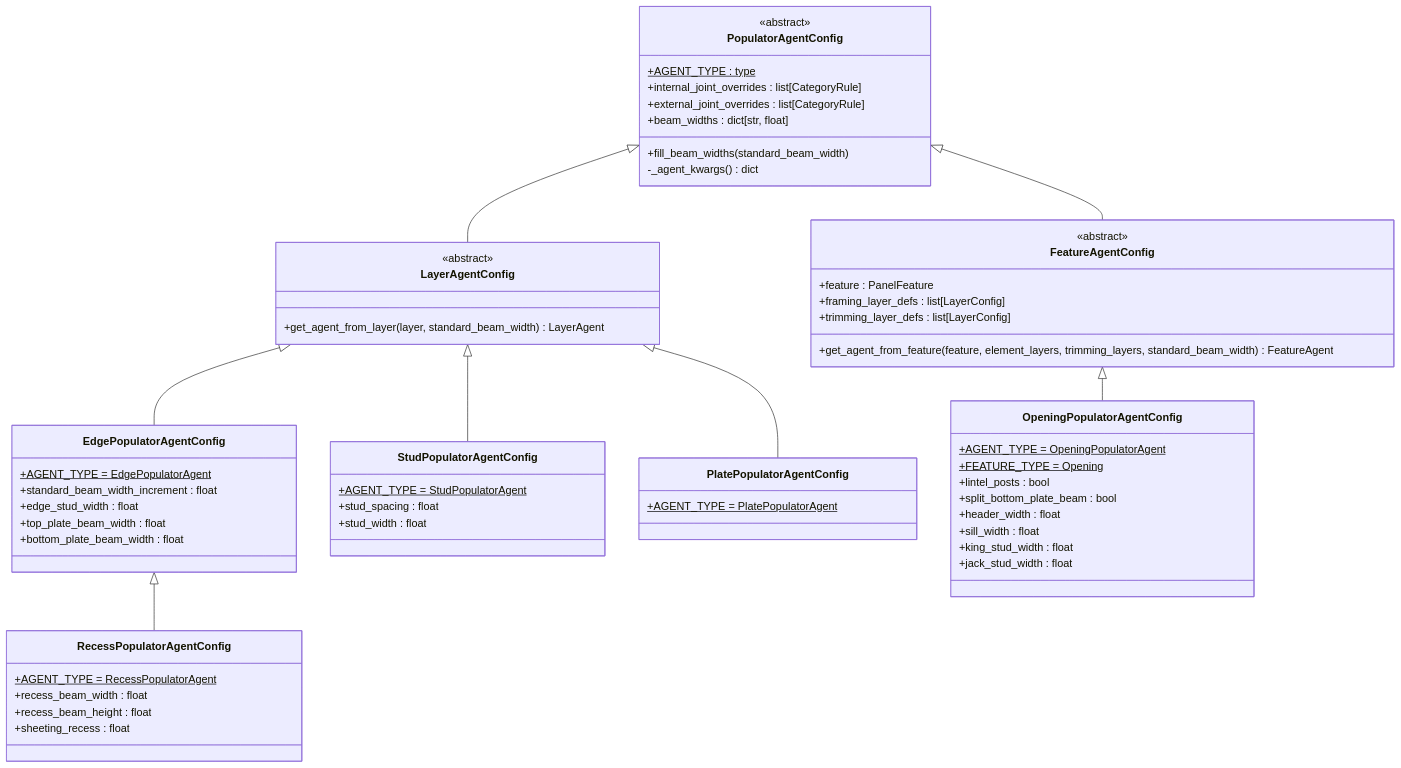
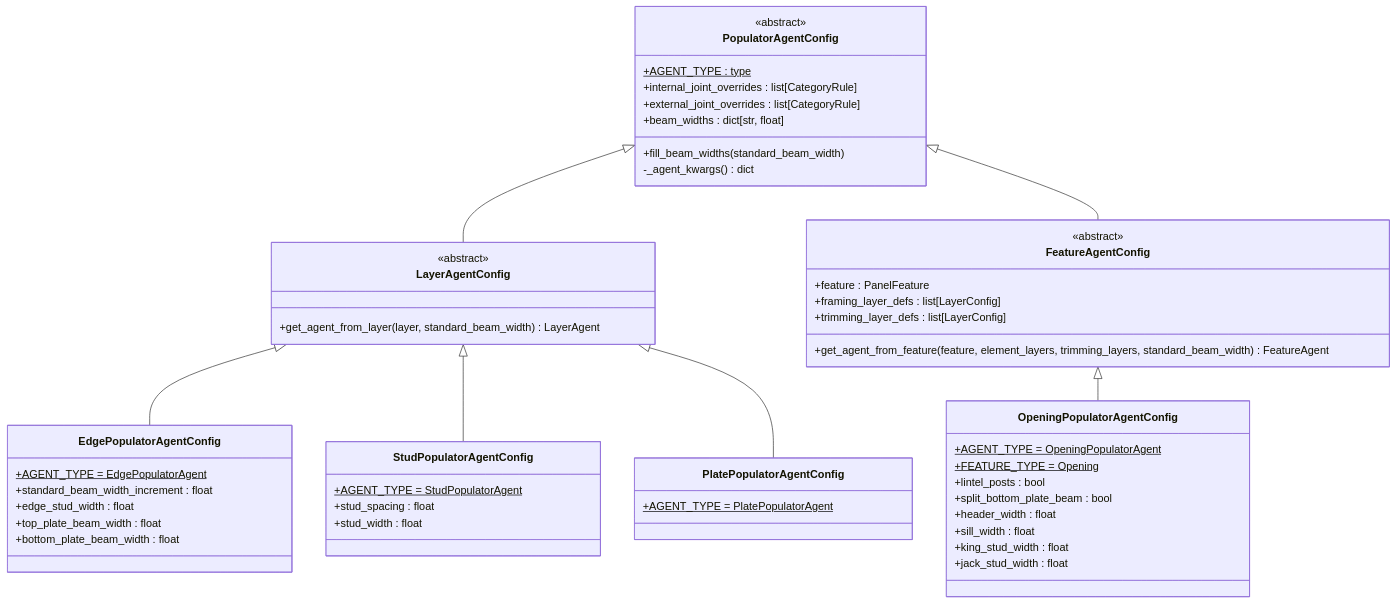
Before and after one commit to gramaziokohler/timber_design: the fifth of 7 diagrams in docs/contribution/class_diagrams.md, drawn with Mermaid. The commit also changed other lines of this file and 17 other files, not shown here.

````diff
--- a/docs/contribution/class_diagrams.md
+++ b/docs/contribution/class_diagrams.md
@@ -365,70 +336,62 @@
 ```mermaid
 classDiagram
 
     class PopulatorAgentConfig {
         <<abstract>>
         +AGENT_TYPE : type$
         +internal_joint_overrides : list[CategoryRule]
         +external_joint_overrides : list[CategoryRule]
         +beam_widths : dict[str, float]
         +fill_beam_widths(standard_beam_width)
         -_agent_kwargs() dict
     }
 
     class LayerAgentConfig {
         <<abstract>>
         +get_agent_from_layer(layer, standard_beam_width) LayerAgent
     }
 
     class FeatureAgentConfig {
         <<abstract>>
         +feature : PanelFeature
         +framing_layer_defs : list[LayerConfig]
         +trimming_layer_defs : list[LayerConfig]
         +get_agent_from_feature(feature, element_layers, trimming_layers, standard_beam_width) FeatureAgent
     }
 
     class EdgePopulatorAgentConfig {
         +AGENT_TYPE = EdgePopulatorAgent$
         +standard_beam_width_increment : float
         +edge_stud_width : float
         +top_plate_beam_width : float
         +bottom_plate_beam_width : float
     }
 
     class StudPopulatorAgentConfig {
         +AGENT_TYPE = StudPopulatorAgent$
         +stud_spacing : float
         +stud_width : float
     }
 
     class PlatePopulatorAgentConfig {
         +AGENT_TYPE = PlatePopulatorAgent$
     }
 
     class OpeningPopulatorAgentConfig {
         +AGENT_TYPE = OpeningPopulatorAgent$
         +FEATURE_TYPE = Opening$
         +lintel_posts : bool
         +split_bottom_plate_beam : bool
         +header_width : float
         +sill_width : float
         +king_stud_width : float
         +jack_stud_width : float
     }
 
-    class RecessPopulatorAgentConfig {
-        +AGENT_TYPE = RecessPopulatorAgent$
-        +recess_beam_width : float
-        +recess_beam_height : float
-        +sheeting_recess : float
-    }
-
     PopulatorAgentConfig <|-- LayerAgentConfig
     PopulatorAgentConfig <|-- FeatureAgentConfig
     LayerAgentConfig <|-- EdgePopulatorAgentConfig
     LayerAgentConfig <|-- StudPopulatorAgentConfig
     LayerAgentConfig <|-- PlatePopulatorAgentConfig
-    EdgePopulatorAgentConfig <|-- RecessPopulatorAgentConfig
     FeatureAgentConfig <|-- OpeningPopulatorAgentConfig
 ```
````
